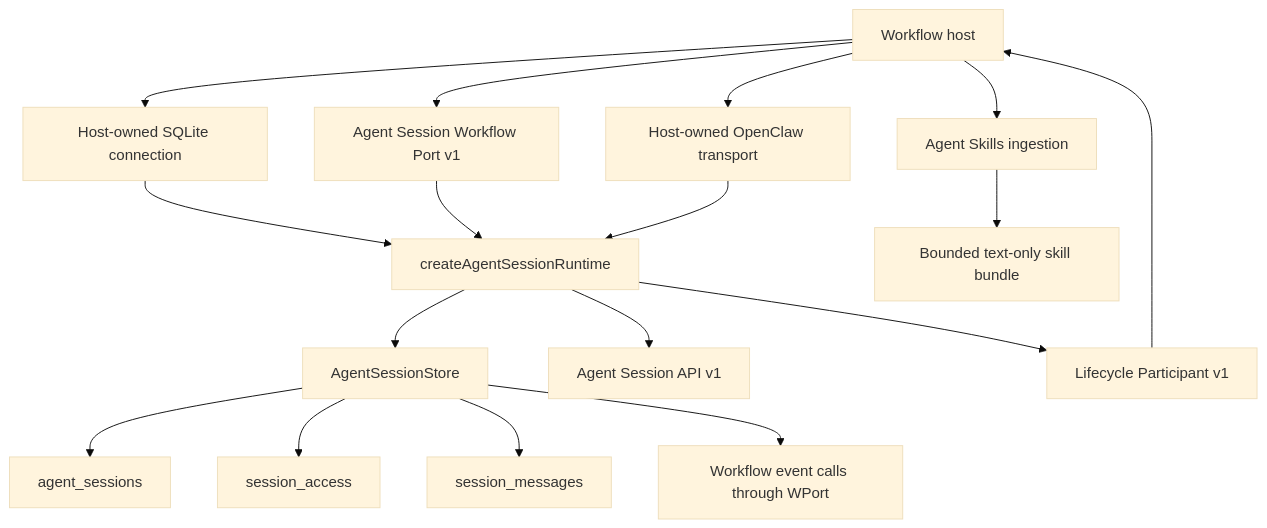
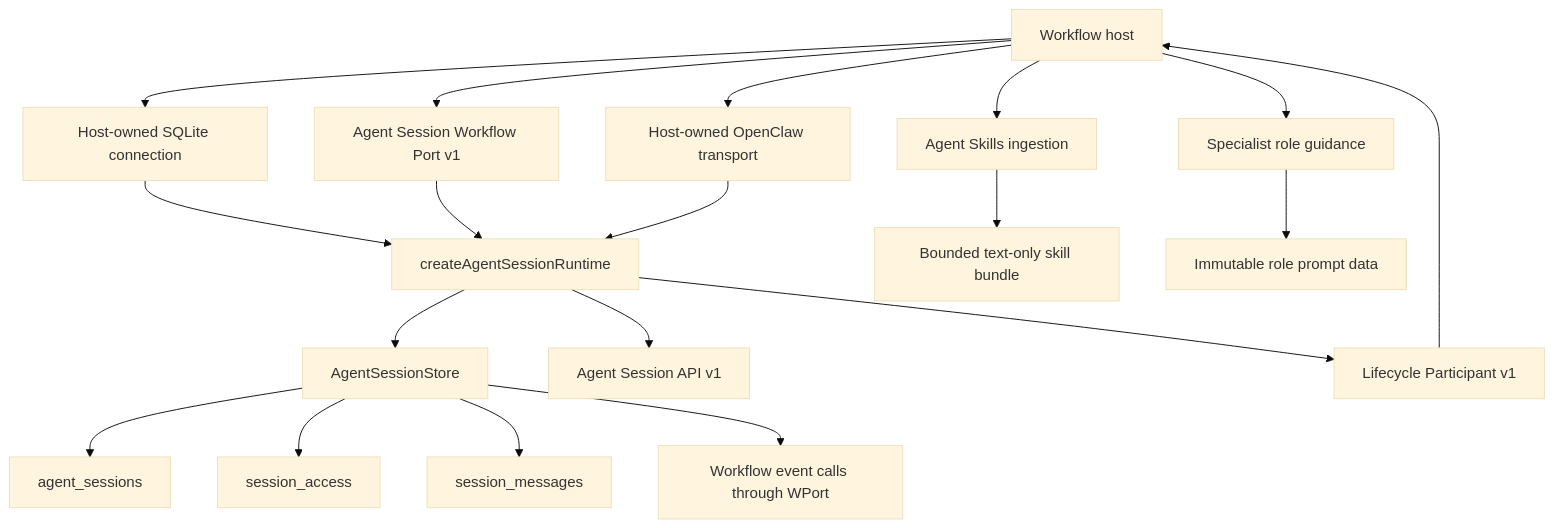
Before and after one commit to nplongx/agent-runtime: the diagram in docs/architecture.md, drawn with Mermaid (base theme). The commit also changed other lines of this file and 11 other files, not shown here.

Commit message:
feat: extract immutable specialist role guidance

```diff
--- a/docs/architecture.md
+++ b/docs/architecture.md
@@ -11,19 +11,21 @@
 ~~~mermaid
 flowchart TD
   Host[Workflow host] --> DB[Host-owned SQLite connection]
   Host --> WPort[Agent Session Workflow Port v1]
   DB --> Runtime[createAgentSessionRuntime]
   WPort --> Runtime
   Runtime --> Store[AgentSessionStore]
   Store --> Sessions[agent_sessions]
   Store --> ACL[session_access]
   Store --> Queue[session_messages]
   Store --> Events[Workflow event calls through WPort]
   Host --> Transport[Host-owned OpenClaw transport]
   Transport --> Runtime
   Runtime --> API[Agent Session API v1]
   Runtime --> Lifecycle[Lifecycle Participant v1]
   Lifecycle --> Host
   Host --> Skills[Agent Skills ingestion]
   Skills --> Bundle[Bounded text-only skill bundle]
+  Host --> Guidance[Specialist role guidance]
+  Guidance --> Prompts[Immutable role prompt data]
 ~~~
```
